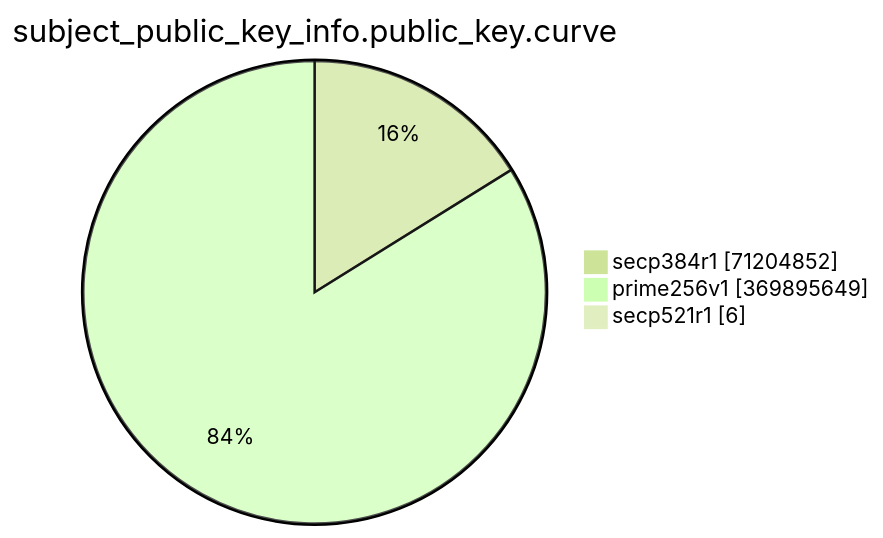
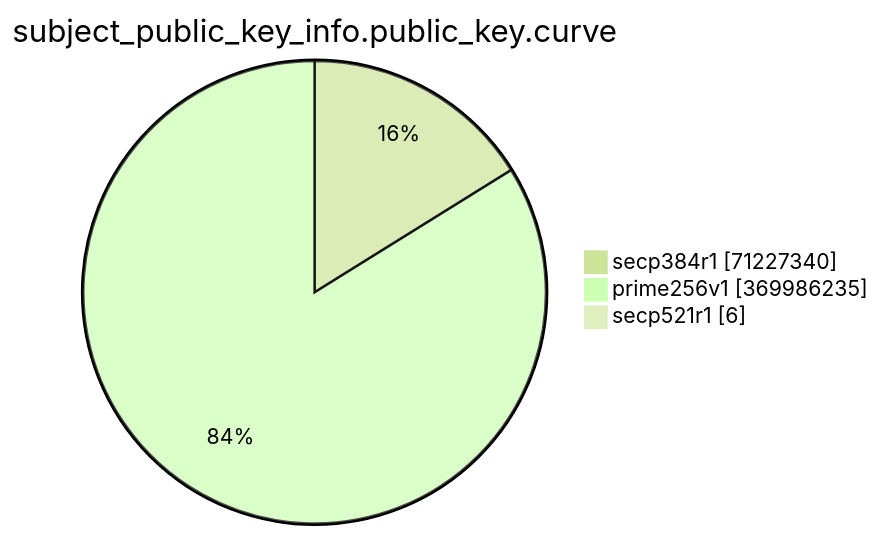
Before and after one commit to christiankrug/ctmonitor_visualization: the eighth of 15 diagrams in TOTAL/README.md, drawn with Mermaid (forest theme). The commit also changed other lines of this file, not shown here.

````diff
--- a/TOTAL/README.md
+++ b/TOTAL/README.md
@@ -3094,7 +3094,7 @@
 ```mermaid
 pie showData
 title subject_public_key_info.public_key.curve
-"secp384r1" :71204852
-"prime256v1" :369895649
+"secp384r1" :71227340
+"prime256v1" :369986235
 "secp521r1" :6
 ```
````
